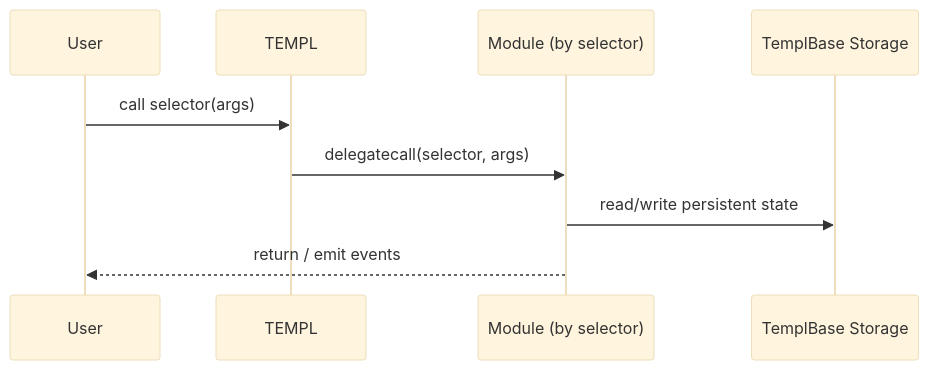
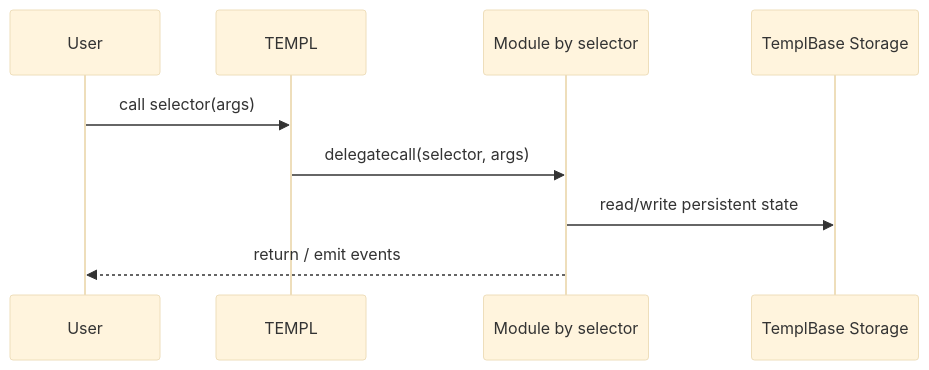
One commit to templ-fun/evm-protocol changed the third of 8 diagrams in README.md. Above: the diagram before and after it, drawn with Mermaid (base theme). The commit also changed other lines of this file, not shown here.

Commit message:
improve diagrams

````diff
--- a/README.md
+++ b/README.md
@@ -177,12 +188,12 @@
 ```mermaid
 sequenceDiagram
   participant User
   participant T as TEMPL
-  participant Module as Module (by selector)
+  participant Module as Module by selector
   participant S as TemplBase Storage
 
   User->>T: call selector(args)
   T->>Module: delegatecall(selector, args)
   Module->>S: read/write persistent state
   Module-->>User: return / emit events
 ```
````
